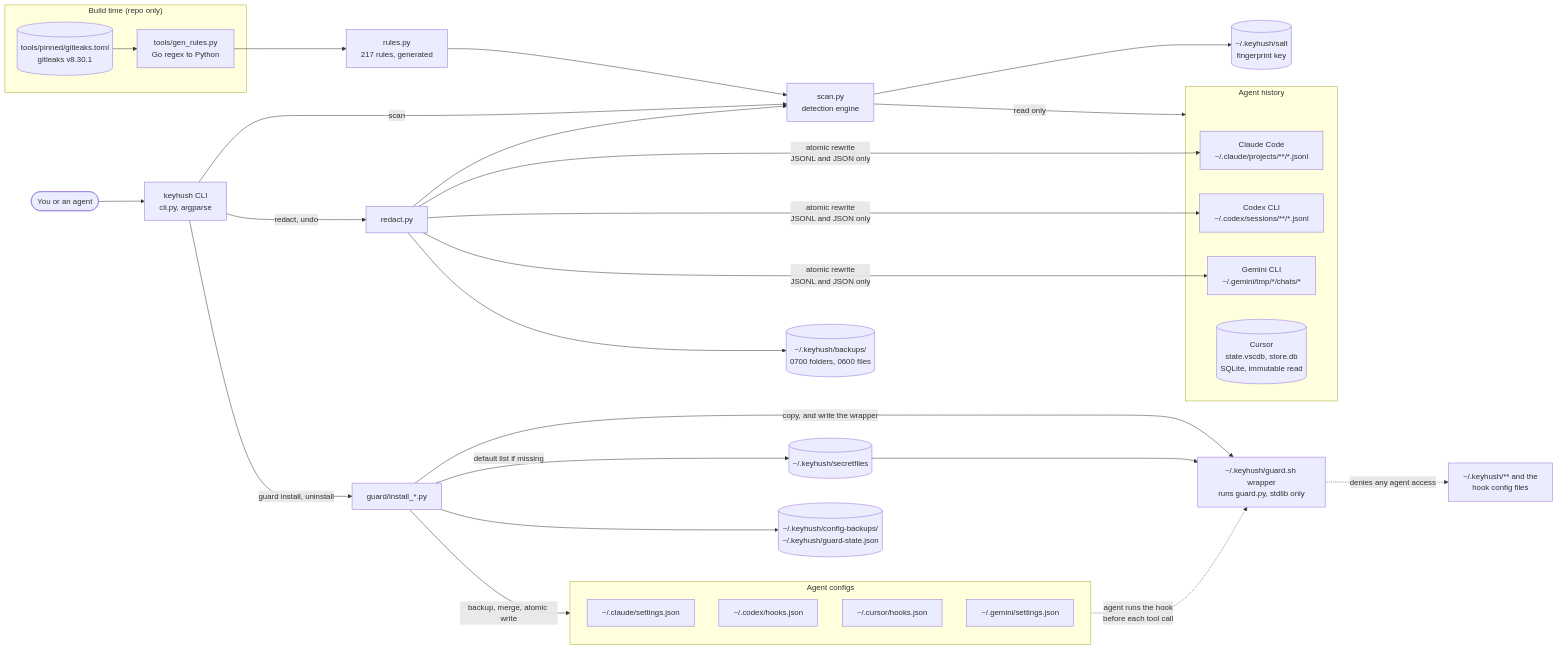
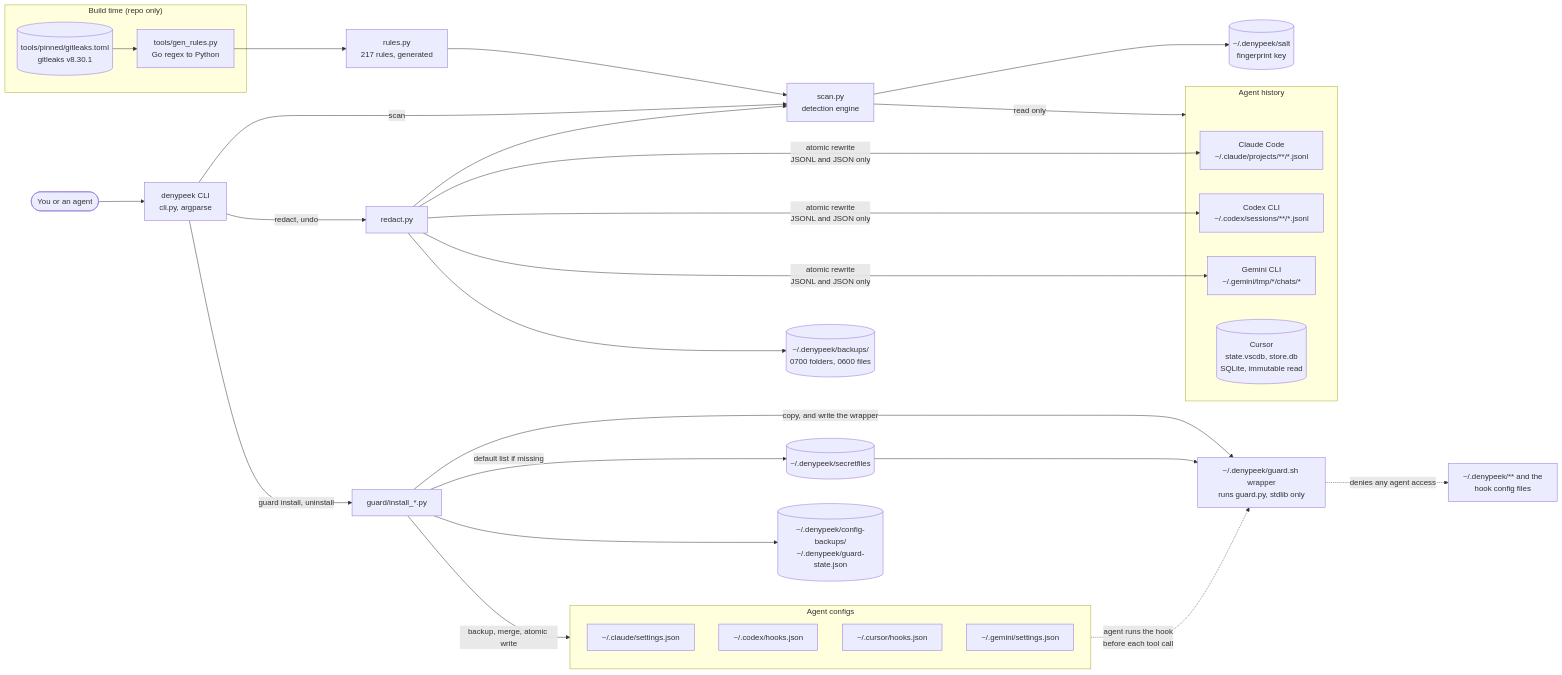
Before and after one commit to Sparli/denypeek: the first of 3 diagrams in README.md, drawn with Mermaid. The commit also changed other lines of this file and 64 other files, not shown here.

First line of the commit message:
refactor!: rename keyhush to denypeek before the first release

````diff
--- a/README.md
+++ b/README.md
@@ -69,40 +69,40 @@
 ```mermaid
 flowchart LR
-    U(["You or an agent"]) --> CLI["keyhush CLI<br/>cli.py, argparse"]
+    U(["You or an agent"]) --> CLI["denypeek CLI<br/>cli.py, argparse"]
 
     subgraph build["Build time (repo only)"]
         GL[("tools/pinned/gitleaks.toml<br/>gitleaks v8.30.1")] --> GEN["tools/gen_rules.py<br/>Go regex to Python"]
     end
     GEN --> RULES["rules.py<br/>217 rules, generated"]
 
     CLI -->|scan| SCAN["scan.py<br/>detection engine"]
     RULES --> SCAN
     SCAN -->|read only| SRC
     subgraph SRC["Agent history"]
         C1["Claude Code<br/>~/.claude/projects/**/*.jsonl"]
         C2["Codex CLI<br/>~/.codex/sessions/**/*.jsonl"]
         C3["Gemini CLI<br/>~/.gemini/tmp/*/chats/*"]
         C4[("Cursor<br/>state.vscdb, store.db<br/>SQLite, immutable read")]
     end
 
     CLI -->|redact, undo| RED["redact.py"]
     RED --> SCAN
     RED -->|"atomic rewrite<br/>JSONL and JSON only"| C1 & C2 & C3
-    RED --> BK[("~/.keyhush/backups/<br/>0700 folders, 0600 files")]
-    SCAN --> SALT[("~/.keyhush/salt<br/>fingerprint key")]
+    RED --> BK[("~/.denypeek/backups/<br/>0700 folders, 0600 files")]
+    SCAN --> SALT[("~/.denypeek/salt<br/>fingerprint key")]
 
     CLI -->|guard install, uninstall| INST["guard/install_*.py"]
-    INST -->|"copy, and write the wrapper"| GP["~/.keyhush/guard.sh wrapper<br/>runs guard.py, stdlib only"]
-    INST -->|"default list if missing"| PAT[("~/.keyhush/secretfiles")]
+    INST -->|"copy, and write the wrapper"| GP["~/.denypeek/guard.sh wrapper<br/>runs guard.py, stdlib only"]
+    INST -->|"default list if missing"| PAT[("~/.denypeek/secretfiles")]
     INST -->|"backup, merge, atomic write"| CFG
-    INST --> CB[("~/.keyhush/config-backups/<br/>~/.keyhush/guard-state.json")]
+    INST --> CB[("~/.denypeek/config-backups/<br/>~/.denypeek/guard-state.json")]
     subgraph CFG["Agent configs"]
         K1["~/.claude/settings.json"]
         K2["~/.codex/hooks.json"]
         K3["~/.cursor/hooks.json"]
         K4["~/.gemini/settings.json"]
     end
     CFG -.->|"agent runs the hook<br/>before each tool call"| GP
     PAT --> GP
-    GP -.->|"denies any agent access"| PROT["~/.keyhush/** and the<br/>hook config files"]
+    GP -.->|"denies any agent access"| PROT["~/.denypeek/** and the<br/>hook config files"]
 ```
````
